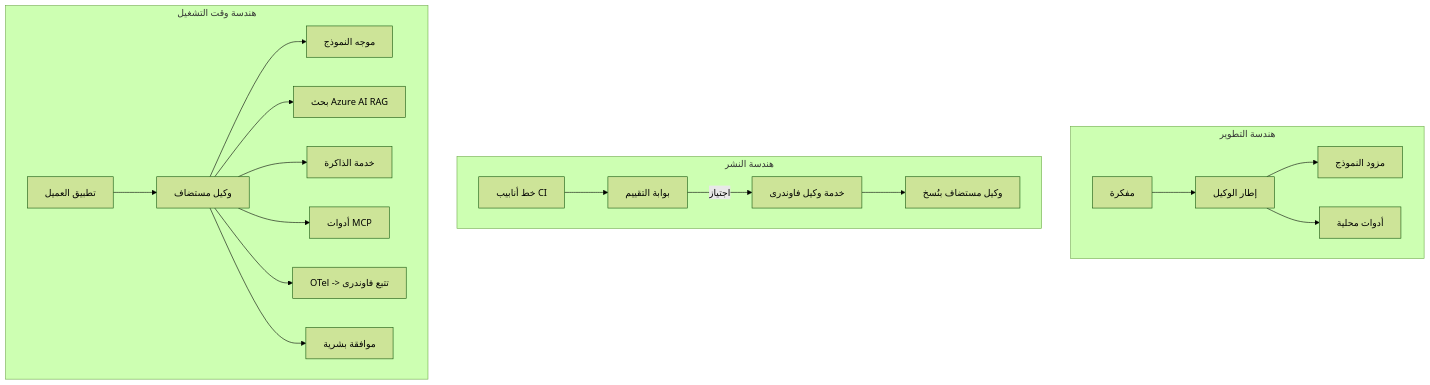
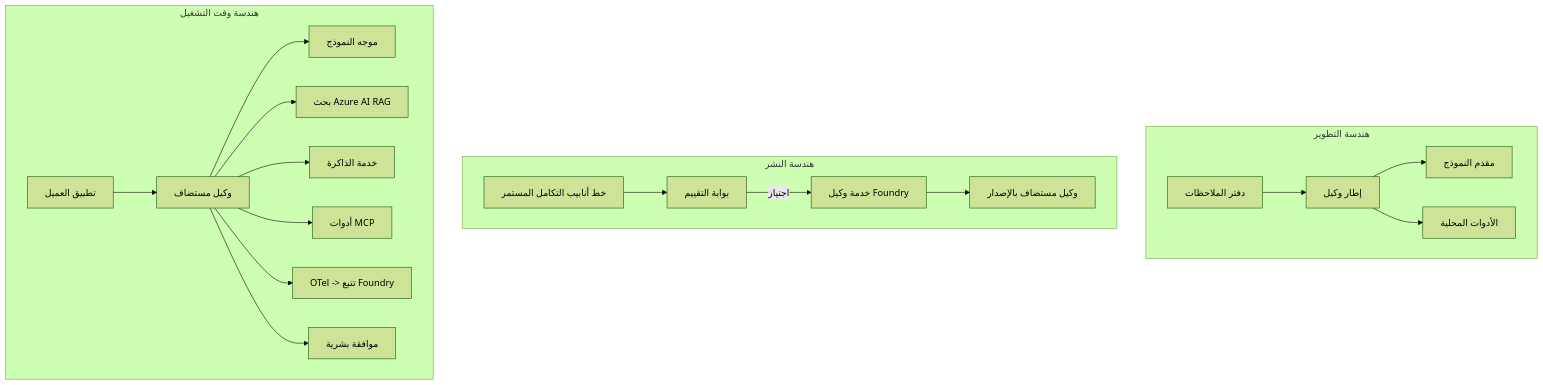
The fourth of 4 diagrams in mirrors/repos/microsoft@ai-agents-for-beginners/translations/ar/16-deploying-scalable-agents/README.md (gabrielmoreira/agent-skills-mirror), drawn with Mermaid (forest theme) before and after one commit. The commit also changed other lines of this file and 4262 other files, not shown here.

````diff
--- a/mirrors/repos/microsoft@ai-agents-for-beginners/translations/ar/16-deploying-scalable-agents/README.md
+++ b/mirrors/repos/microsoft@ai-agents-for-beginners/translations/ar/16-deploying-scalable-agents/README.md
@@ -185,22 +185,22 @@
 ```mermaid
 flowchart TB
     subgraph Dev[هندسة التطوير]
-        D1[مفكرة] --> D2[إطار الوكيل]
-        D2 --> D3[مزود النموذج]
-        D2 --> D4[أدوات محلية]
+        D1[دفتر الملاحظات] --> D2[إطار وكيل]
+        D2 --> D3[مقدم النموذج]
+        D2 --> D4[الأدوات المحلية]
     end
     subgraph Deploy[هندسة النشر]
-        E1[خط أنابيب CI] --> E2[بوابة التقييم]
-        E2 -->|اجتياز| E3[خدمة وكيل فاوندرى]
-        E3 --> E4[وكيل مستضاف بنُسخ]
+        E1[خط أنابيب التكامل المستمر] --> E2[بوابة التقييم]
+        E2 -->|اجتياز| E3[خدمة وكيل Foundry]
+        E3 --> E4[وكيل مستضاف بالإصدار]
     end
     subgraph Run[هندسة وقت التشغيل]
         F1[تطبيق العميل] --> F2[وكيل مستضاف]
         F2 --> F3[موجه النموذج]
         F2 --> F4[بحث Azure AI RAG]
         F2 --> F5[خدمة الذاكرة]
         F2 --> F6[أدوات MCP]
-        F2 --> F7[OTel -> تتبع فاوندرى]
+        F2 --> F7[OTel -> تتبع Foundry]
         F2 --> F8[موافقة بشرية]
     end
 ```
````
